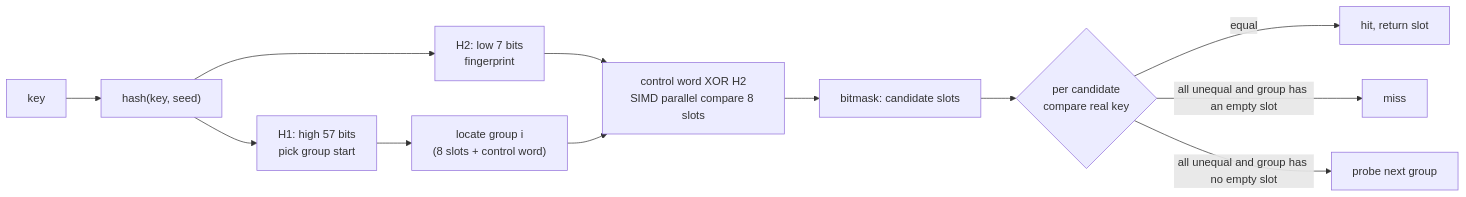
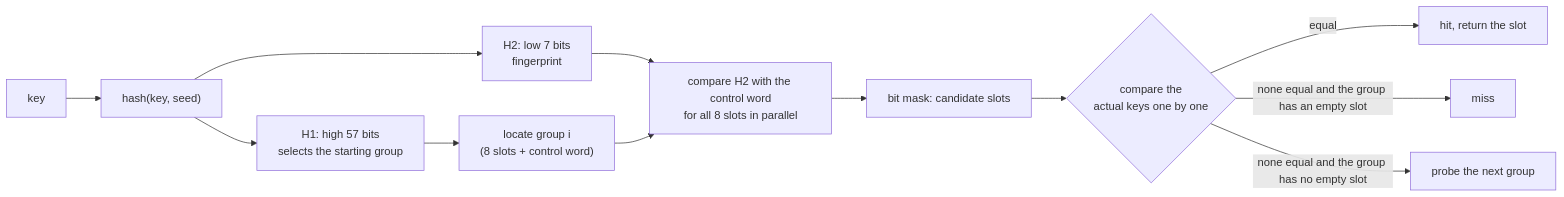
The first of 2 diagrams in book/en-us/part2lang/ch05data/swisstable.md (golang-design/under-the-hood), drawn with Mermaid before and after one commit. The commit also changed other lines of this file and 24 other files, not shown here.

````diff
--- a/book/en-us/part2lang/ch05data/swisstable.md
+++ b/book/en-us/part2lang/ch05data/swisstable.md
@@ -24,14 +43,14 @@
 ```mermaid
 flowchart LR
     K["key"] --> H["hash(key, seed)"]
-    H --> H1["H1: high 57 bits<br/>pick group start"]
+    H --> H1["H1: high 57 bits<br/>selects the starting group"]
     H --> H2["H2: low 7 bits<br/>fingerprint"]
     H1 --> G["locate group i<br/>(8 slots + control word)"]
-    H2 --> M["control word XOR H2<br/>SIMD parallel compare 8 slots"]
+    H2 --> M["compare H2 with the control word<br/>for all 8 slots in parallel"]
     G --> M
-    M --> B["bitmask: candidate slots"]
-    B --> C{"per candidate<br/>compare real key"}
-    C -->|equal| F["hit, return slot"]
-    C -->|all unequal and group has an empty slot| E["miss"]
-    C -->|all unequal and group has no empty slot| N["probe next group"]
+    M --> B["bit mask: candidate slots"]
+    B --> C{"compare the<br/>actual keys one by one"}
+    C -->|equal| F["hit, return the slot"]
+    C -->|none equal and the group has an empty slot| E["miss"]
+    C -->|none equal and the group has no empty slot| N["probe the next group"]
 ```
````
